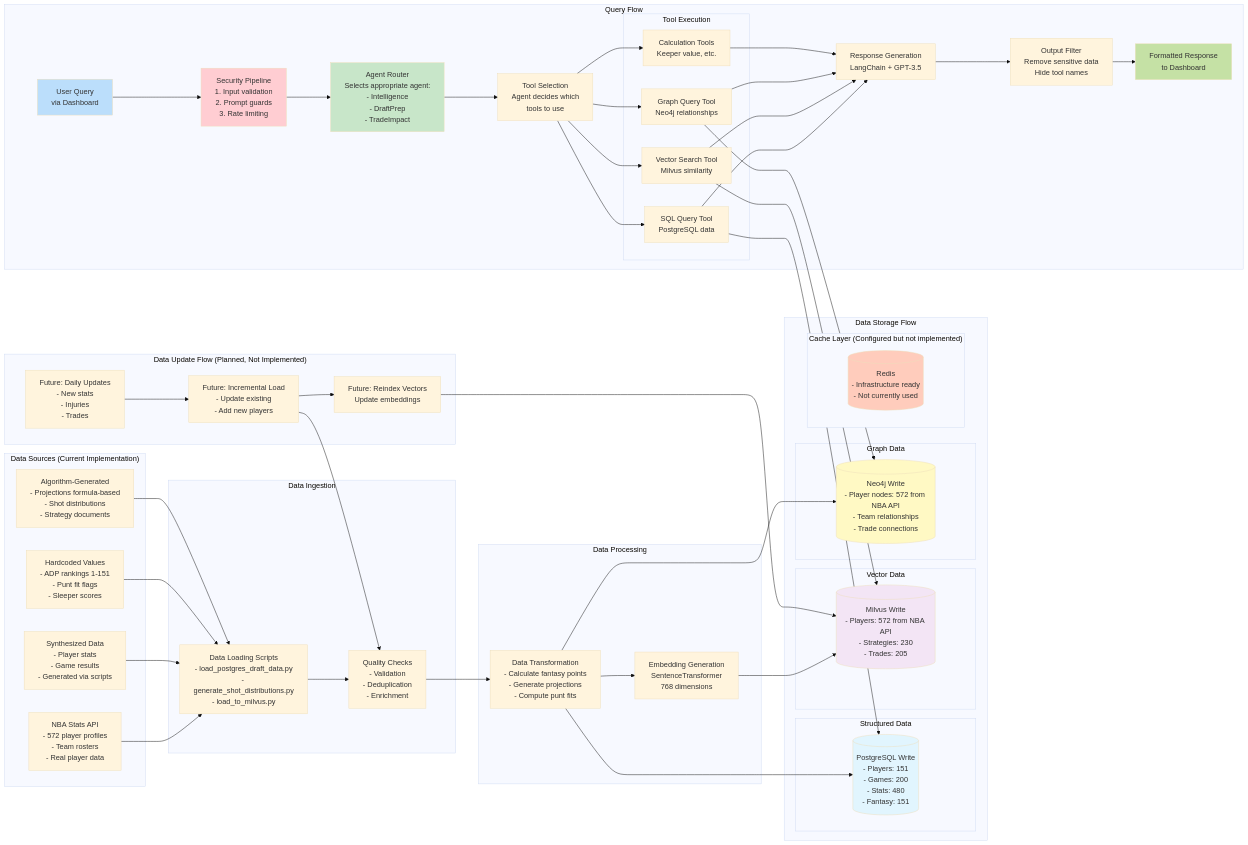
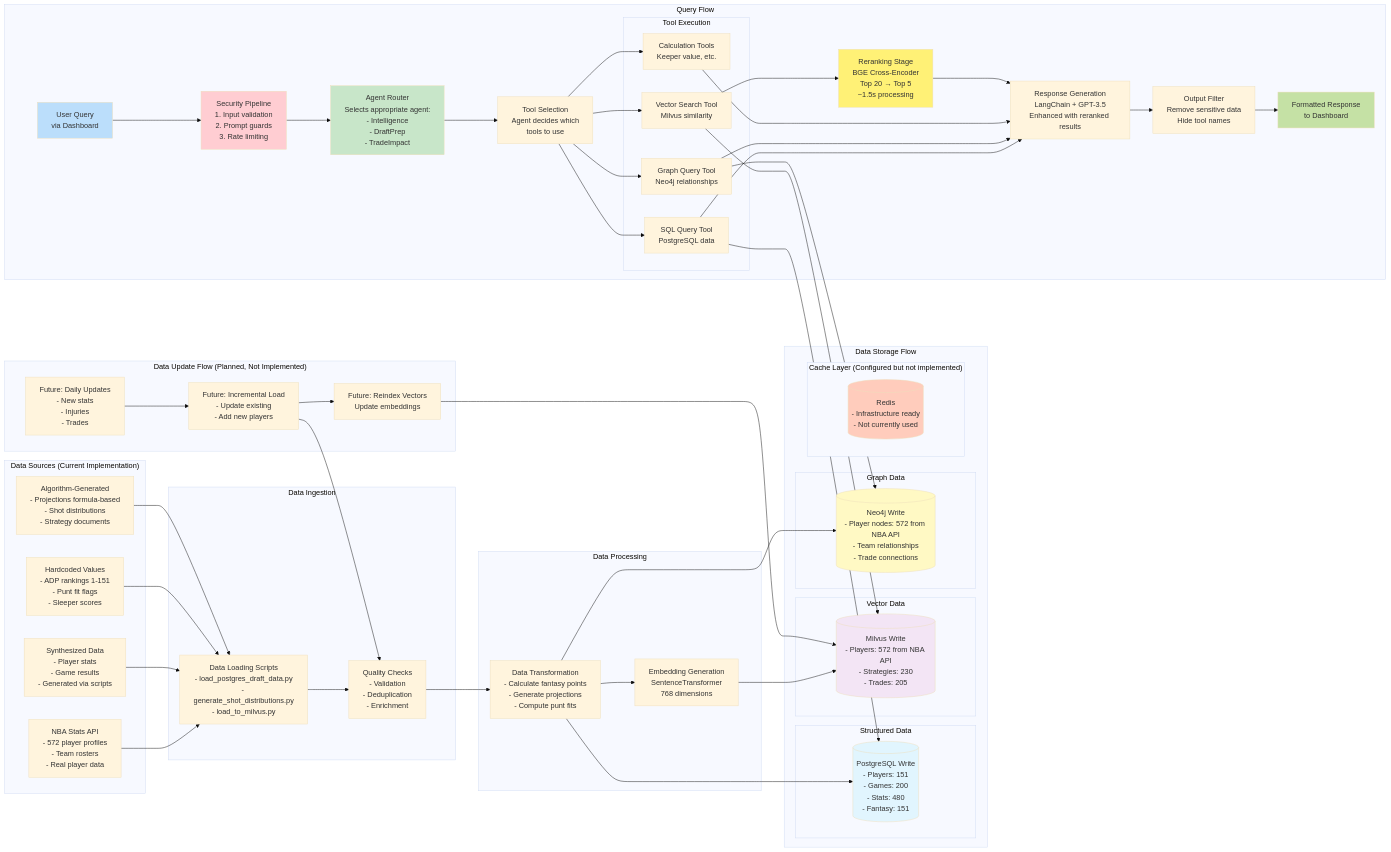
One commit to jpmajesty2025/sportsbrain changed the diagram in project_submission_docs/data_flow_diagram.mermaid. Above: the diagram before and after it, drawn with Mermaid (base theme). The commit also changed 8 other files, not shown here.

```diff
--- a/project_submission_docs/data_flow_diagram.mermaid
+++ b/project_submission_docs/data_flow_diagram.mermaid
@@ -1,117 +1,122 @@
 flowchart LR
     %% Data Flow Diagram - Actually Implemented
     %% SportsBrain Fantasy Basketball Platform
     
     subgraph "Data Sources (Current Implementation)"
         NBA_API["NBA Stats API<br/>- 572 player profiles<br/>- Team rosters<br/>- Real player data"]
         SYNTHETIC["Synthesized Data<br/>- Player stats<br/>- Game results<br/>- Generated via scripts"]
         HARDCODED["Hardcoded Values<br/>- ADP rankings 1-151<br/>- Punt fit flags<br/>- Sleeper scores"]
         GENERATED["Algorithm-Generated<br/>- Projections formula-based<br/>- Shot distributions<br/>- Strategy documents"]
     end
     
     subgraph "Data Ingestion"
         FETCH["Data Loading Scripts<br/>- load_postgres_draft_data.py<br/>- generate_shot_distributions.py<br/>- load_to_milvus.py"]
         QUALITY["Quality Checks<br/>- Validation<br/>- Deduplication<br/>- Enrichment"]
     end
     
     subgraph "Data Processing"
         TRANSFORM["Data Transformation<br/>- Calculate fantasy points<br/>- Generate projections<br/>- Compute punt fits"]
         EMBED_GEN["Embedding Generation<br/>SentenceTransformer<br/>768 dimensions"]
     end
     
     subgraph "Data Storage Flow"
         subgraph "Structured Data"
             PG_WRITE[("PostgreSQL Write<br/>- Players: 151<br/>- Games: 200<br/>- Stats: 480<br/>- Fantasy: 151")]
         end
         
         subgraph "Vector Data"
             MILVUS_WRITE[("Milvus Write<br/>- Players: 572 from NBA API<br/>- Strategies: 230<br/>- Trades: 205")]
         end
         
         subgraph "Graph Data"
             NEO4J_WRITE[("Neo4j Write<br/>- Player nodes: 572 from NBA API<br/>- Team relationships<br/>- Trade connections")]
         end
         
         subgraph "Cache Layer (Configured but not implemented)"
             REDIS_WRITE[("Redis<br/>- Infrastructure ready<br/>- Not currently used")]
         end
     end
     
     subgraph "Query Flow"
         USER_Q["User Query<br/>via Dashboard"]
         
         SECURITY["Security Pipeline<br/>1. Input validation<br/>2. Prompt guards<br/>3. Rate limiting"]
         
         AGENT_ROUTER["Agent Router<br/>Selects appropriate agent:<br/>- Intelligence<br/>- DraftPrep<br/>- TradeImpact"]
         
         TOOL_SELECT["Tool Selection<br/>Agent decides which<br/>tools to use"]
         
         subgraph "Tool Execution"
             SQL_TOOL["SQL Query Tool<br/>PostgreSQL data"]
             VECTOR_TOOL["Vector Search Tool<br/>Milvus similarity"]
             GRAPH_TOOL["Graph Query Tool<br/>Neo4j relationships"]
             CALC_TOOL["Calculation Tools<br/>Keeper value, etc."]
         end
         
-        RESPONSE_GEN["Response Generation<br/>LangChain + GPT-3.5"]
+        RERANK["Reranking Stage<br/>BGE Cross-Encoder<br/>Top 20 → Top 5<br/>~1.5s processing"]
+        
+        RESPONSE_GEN["Response Generation<br/>LangChain + GPT-3.5<br/>Enhanced with reranked results"]
         
         OUTPUT_FILTER["Output Filter<br/>Remove sensitive data<br/>Hide tool names"]
         
         USER_RESP["Formatted Response<br/>to Dashboard"]
     end
     
     subgraph "Data Update Flow (Planned, Not Implemented)"
         DAILY_UPDATE["Future: Daily Updates<br/>- New stats<br/>- Injuries<br/>- Trades"]
         
         INCREMENTAL["Future: Incremental Load<br/>- Update existing<br/>- Add new players"]
         
         REINDEX["Future: Reindex Vectors<br/>Update embeddings"]
     end
     
     %% Flow connections
     NBA_API --> FETCH
     SYNTHETIC --> FETCH
     HARDCODED --> FETCH
     GENERATED --> FETCH
     
     FETCH --> QUALITY
     QUALITY --> TRANSFORM
     TRANSFORM --> PG_WRITE
     TRANSFORM --> EMBED_GEN
     EMBED_GEN --> MILVUS_WRITE
     TRANSFORM --> NEO4J_WRITE
     
     USER_Q --> SECURITY
     SECURITY --> AGENT_ROUTER
     AGENT_ROUTER --> TOOL_SELECT
     
     TOOL_SELECT --> SQL_TOOL
     TOOL_SELECT --> VECTOR_TOOL
     TOOL_SELECT --> GRAPH_TOOL
     TOOL_SELECT --> CALC_TOOL
     
     SQL_TOOL --> PG_WRITE
     VECTOR_TOOL --> MILVUS_WRITE
     GRAPH_TOOL --> NEO4J_WRITE
     
     SQL_TOOL --> RESPONSE_GEN
-    VECTOR_TOOL --> RESPONSE_GEN
+    VECTOR_TOOL --> RERANK
     GRAPH_TOOL --> RESPONSE_GEN
     CALC_TOOL --> RESPONSE_GEN
+    
+    RERANK --> RESPONSE_GEN
     
     RESPONSE_GEN --> OUTPUT_FILTER
     OUTPUT_FILTER --> USER_RESP
     
     DAILY_UPDATE --> INCREMENTAL
     INCREMENTAL --> QUALITY
     INCREMENTAL --> REINDEX
     REINDEX --> MILVUS_WRITE
     
     style USER_Q fill:#bbdefb
     style SECURITY fill:#ffcdd2
     style AGENT_ROUTER fill:#c8e6c9
     style PG_WRITE fill:#e1f5fe
     style MILVUS_WRITE fill:#f3e5f5
     style NEO4J_WRITE fill:#fff9c4
     style REDIS_WRITE fill:#ffccbc
     style USER_RESP fill:#c5e1a5
+    style RERANK fill:#fff176
```
